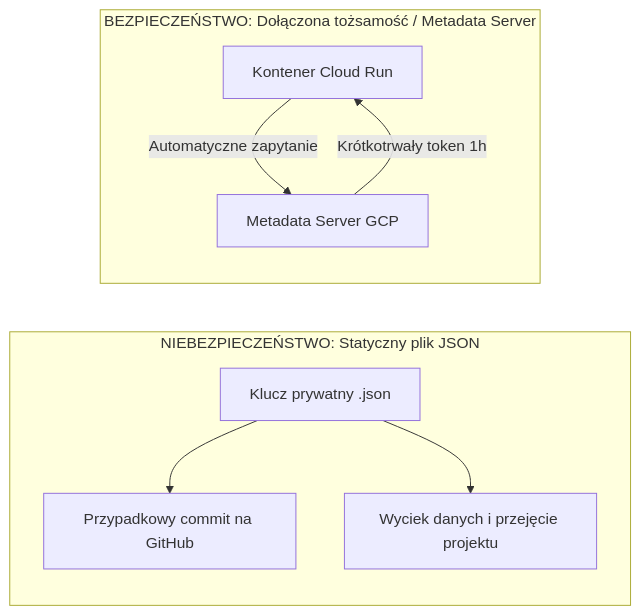
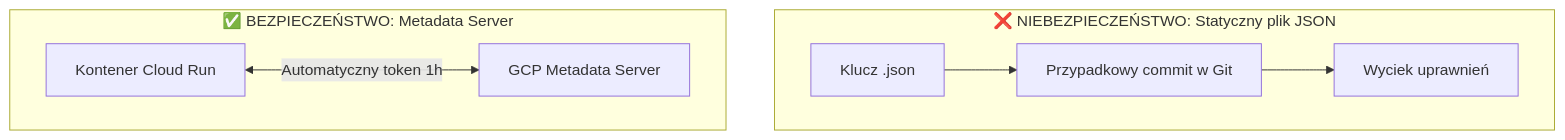
One commit to majsterkovic/a2ui changed the second of 2 diagrams in docs/public/gcp-course/07-service-accounts.md. Above: the diagram before and after it, drawn with Mermaid. The commit also changed other lines of this file and 9 other files, not shown here.

Commit message:
docs: uproszczenie i poprawa czytelnosci diagramow w calym kursie

````diff
--- a/docs/public/gcp-course/07-service-accounts.md
+++ b/docs/public/gcp-course/07-service-accounts.md
@@ -51,12 +46,10 @@
 ```mermaid
-flowchart LR
-    subgraph Danger [NIEBEZPIECZEŃSTWO: Statyczny plik JSON]
-        K[Klucz prywatny .json] --> Git[Przypadkowy commit na GitHub]
-        K --> Leak[Wyciek danych i przejęcie projektu]
+flowchart TD
+    subgraph Danger [❌ NIEBEZPIECZEŃSTWO: Statyczny plik JSON]
+        K["Klucz .json"] --> Git["Przypadkowy commit w Git"] --> Leak["Wyciek uprawnień"]
     end
 
-    subgraph Secure [BEZPIECZEŃSTWO: Dołączona tożsamość / Metadata Server]
-        CR[Kontener Cloud Run] -->|Automatyczne zapytanie| MS[Metadata Server GCP]
-        MS -->|Krótkotrwały token 1h| CR
+    subgraph Secure [✅ BEZPIECZEŃSTWO: Metadata Server]
+        CR["Kontener Cloud Run"] <-->|"Automatyczny token 1h"| MS["GCP Metadata Server"]
     end
 ```
````
